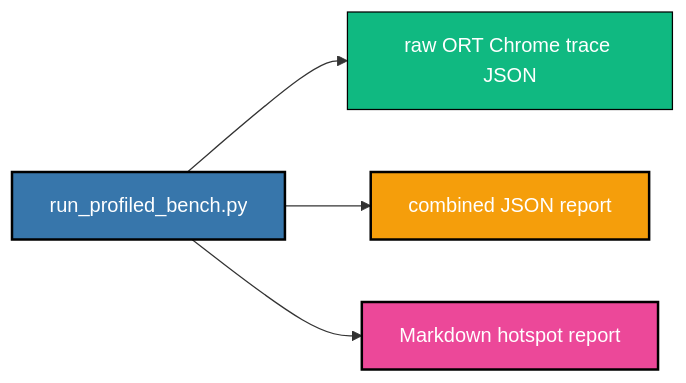
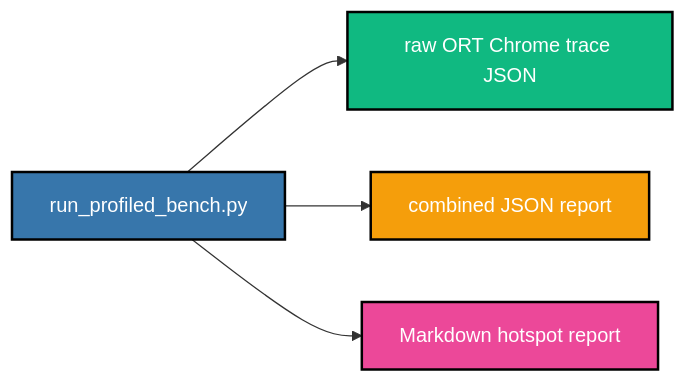
Before and after one commit to De-Par/voxcmp2-onnx-cpu: the third of 3 diagrams in docs/benchmarking.md, drawn with Mermaid. The commit also changed other lines of this file and 7 other files, not shown here.

````diff
--- a/docs/benchmarking.md
+++ b/docs/benchmarking.md
@@ -245,11 +333,11 @@
 ```mermaid
 flowchart LR
     A["run_profiled_bench.py"] --> B["raw ORT Chrome trace JSON"]
     A --> C["combined JSON report"]
     A --> D["Markdown hotspot report"]
 
     style A fill:#3776AB,stroke:#000000,stroke-width:2px,color:#ffffff
-    style B fill:#10B981,stroke:#000000,stroke-width:,color:#ffffff
+    style B fill:#10B981,stroke:#000000,stroke-width:2px,color:#ffffff
     style C fill:#F59E0B,stroke:#000000,stroke-width:2px,color:#ffffff
     style D fill:#EC4899,stroke:#000000,stroke-width:2px,color:#ffffff
 ```
````
